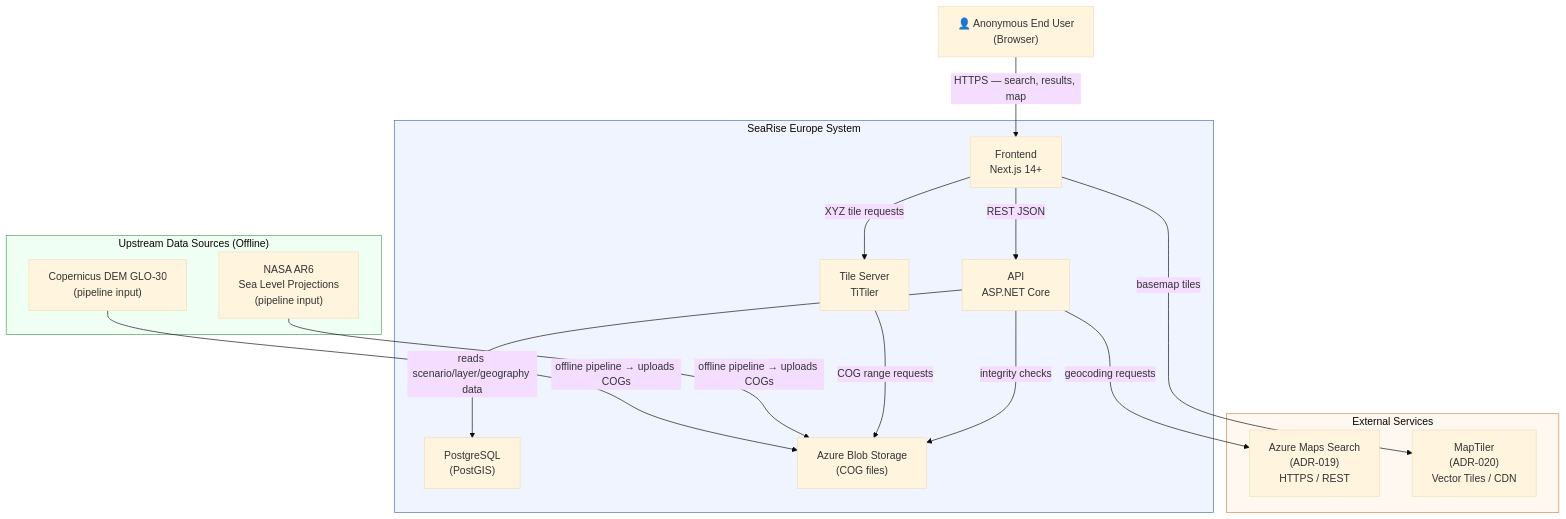
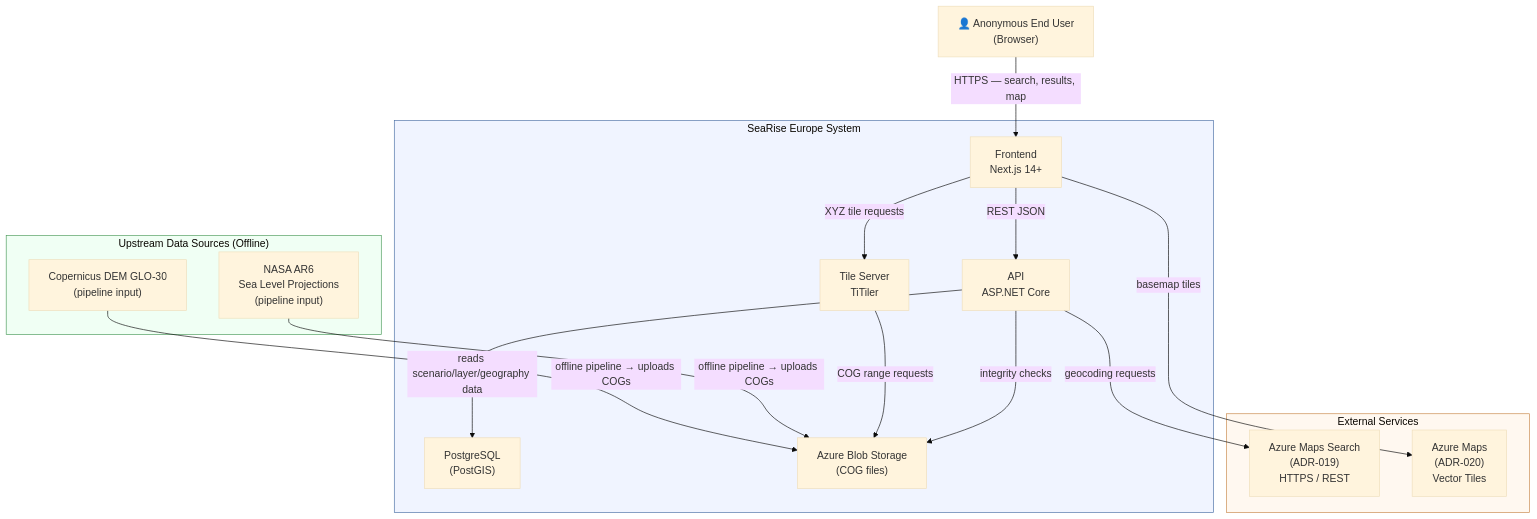
The diagram in docs/architecture/01-system-context.md (artemsemdev/SeaRise-Europe), drawn with Mermaid (base theme) before and after one commit. The commit also changed other lines of this file and 10 other files, not shown here.

Commit message:
docs (architecture) Azure Maps instead MapTiler

````diff
--- a/docs/architecture/01-system-context.md
+++ b/docs/architecture/01-system-context.md
@@ -87,37 +87,37 @@
 ```mermaid
 graph TD
     User["👤 Anonymous End User\n(Browser)"]
 
     subgraph External["External Services"]
         Geocoder["Azure Maps Search\n(ADR-019)\nHTTPS / REST"]
-        Basemap["MapTiler\n(ADR-020)\nVector Tiles / CDN"]
+        Basemap["Azure Maps\n(ADR-020)\nVector Tiles"]
     end
 
     subgraph Upstream["Upstream Data Sources (Offline)"]
         AR6["NASA AR6\nSea Level Projections\n(pipeline input)"]
         DEM["Copernicus DEM GLO-30\n(pipeline input)"]
     end
 
     subgraph System["SeaRise Europe System"]
         FE["Frontend\nNext.js 14+"]
         API["API\nASP.NET Core"]
         Tiler["Tile Server\nTiTiler"]
         PG["PostgreSQL\n(PostGIS)"]
         Blob["Azure Blob Storage\n(COG files)"]
     end
 
     User -->|"HTTPS — search, results, map"| FE
     FE -->|"REST JSON"| API
     FE -->|"XYZ tile requests"| Tiler
     FE -->|"basemap tiles"| Basemap
     API -->|"geocoding requests"| Geocoder
     API -->|"reads scenario/layer/geography data"| PG
     API -->|"integrity checks"| Blob
     Tiler -->|"COG range requests"| Blob
     AR6 -->|"offline pipeline → uploads COGs"| Blob
     DEM -->|"offline pipeline → uploads COGs"| Blob
 
     style System fill:#f0f4ff,stroke:#4a6fa5
     style External fill:#fff8f0,stroke:#c8884a
     style Upstream fill:#f0fff4,stroke:#4a9a5a
 ```
````
